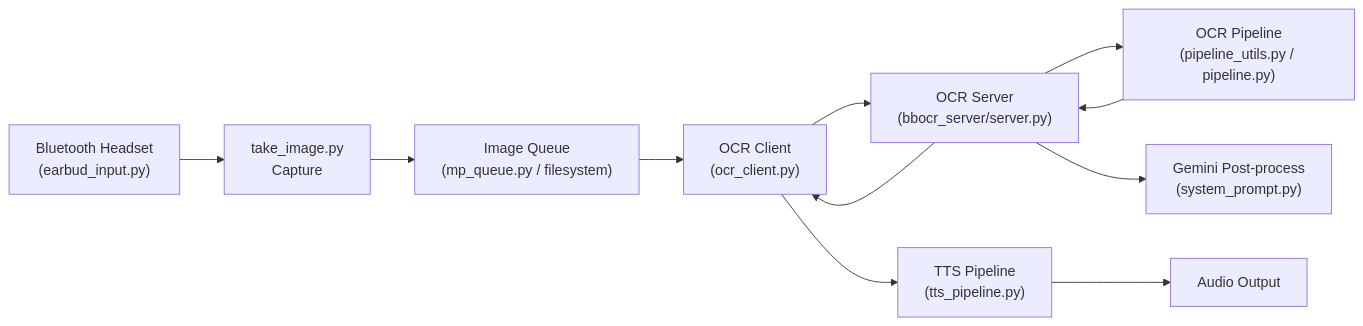
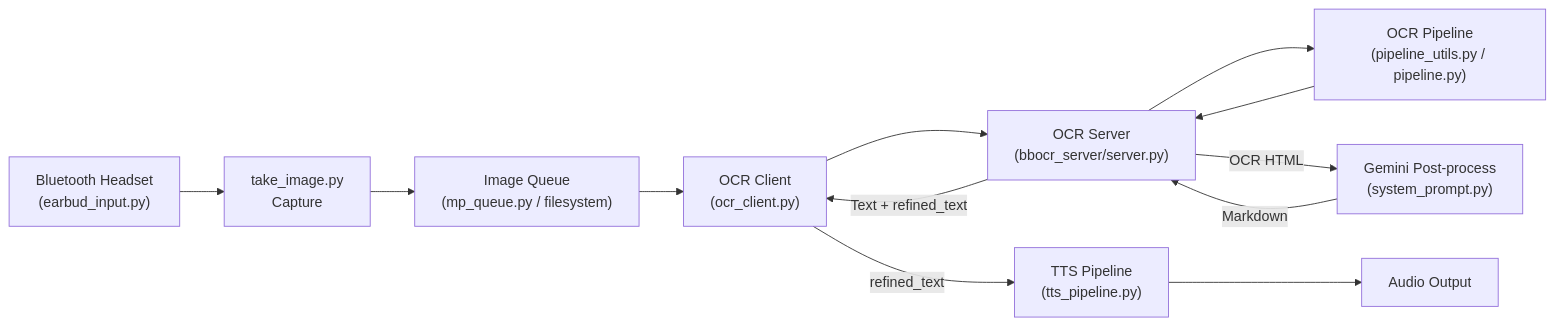
The first of 16 diagrams in docs/doc_v00.md (tasmirz/EyeWear), drawn with Mermaid before and after one commit. The commit also changed other lines of this file and 22 other files, not shown here.

````diff
--- a/docs/doc_v00.md
+++ b/docs/doc_v00.md
@@ -9,13 +9,14 @@
 ```mermaid
 flowchart LR
     button["Bluetooth Headset\n(earbud_input.py)"] --> trigger[take_image.py\nCapture]
     trigger --> queue["Image Queue\n(mp_queue.py / filesystem)"]
     queue --> client["OCR Client\n(ocr_client.py)"]
     client --> server["OCR Server\n(bbocr_server/server.py)"]
     server --> pipeline["OCR Pipeline\n(pipeline_utils.py / pipeline.py)"]
     pipeline --> server
-    server --> gemini["Gemini Post-process\n(system_prompt.py)"]
-    server --> client
-    client --> tts["TTS Pipeline\n(tts_pipeline.py)"]
+    server -->|OCR HTML| gemini["Gemini Post-process\n(system_prompt.py)"]
+    gemini -->|Markdown| server
+    server -->|Text + refined_text| client
+    client -->|refined_text| tts["TTS Pipeline\n(tts_pipeline.py)"]
     tts --> user["Audio Output"]
 ```
````
